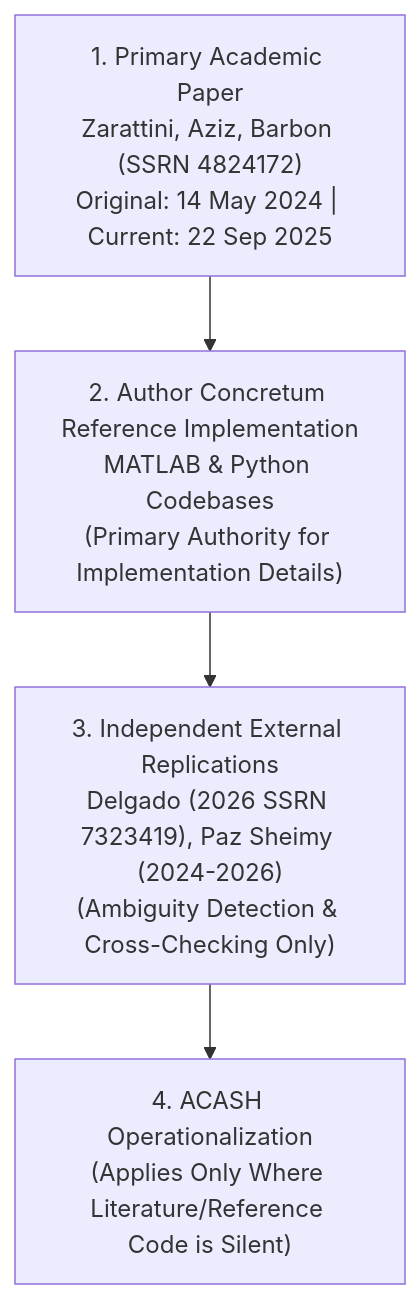
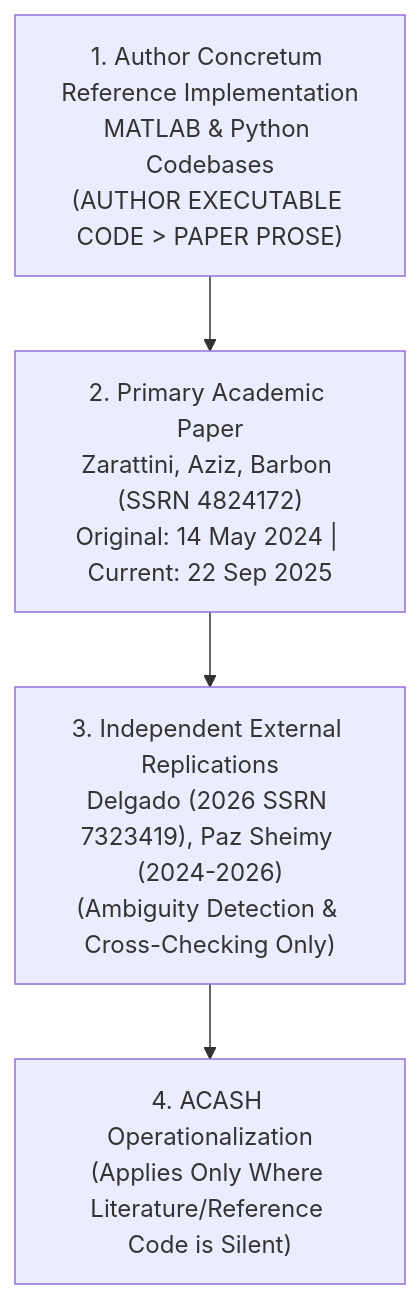
The diagram in docs/research/MEC-0015-strategy-contract-audit.md (Ratthabhumi/Acash), drawn with Mermaid before and after one commit. The commit also changed other lines of this file and 20 other files, not shown here.

````diff
--- a/docs/research/MEC-0015-strategy-contract-audit.md
+++ b/docs/research/MEC-0015-strategy-contract-audit.md
@@ -51,6 +52,6 @@
 ```mermaid
 graph TD
-    A["1. Primary Academic Paper<br/>Zarattini, Aziz, Barbon (SSRN 4824172)<br/>Original: 14 May 2024 | Current: 22 Sep 2025"] --> B["2. Author Concretum Reference Implementation<br/>MATLAB & Python Codebases<br/>(Primary Authority for Implementation Details)"]
+    A["1. Author Concretum Reference Implementation<br/>MATLAB & Python Codebases<br/>(AUTHOR EXECUTABLE CODE > PAPER PROSE)"] --> B["2. Primary Academic Paper<br/>Zarattini, Aziz, Barbon (SSRN 4824172)<br/>Original: 14 May 2024 | Current: 22 Sep 2025"]
     B --> C["3. Independent External Replications<br/>Delgado (2026 SSRN 7323419), Paz Sheimy (2024-2026)<br/>(Ambiguity Detection & Cross-Checking Only)"]
     C --> D["4. ACASH Operationalization<br/>(Applies Only Where Literature/Reference Code is Silent)"]
 ```
````
